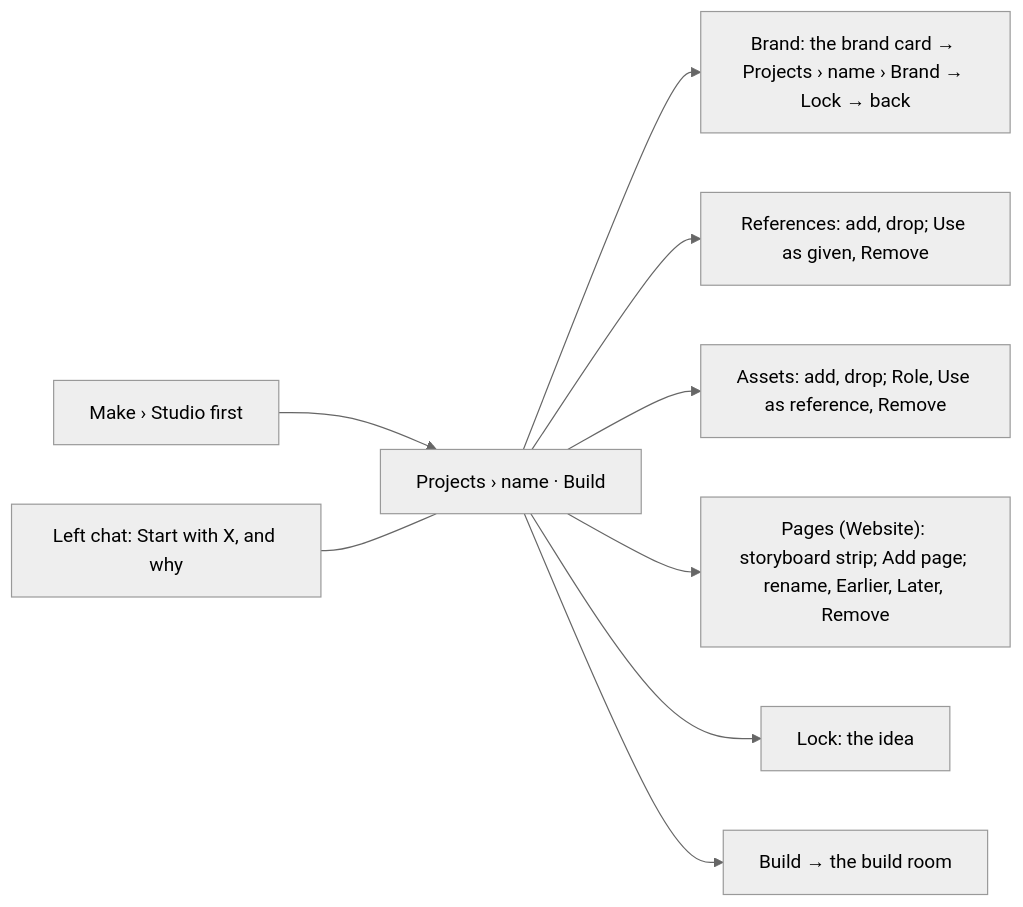
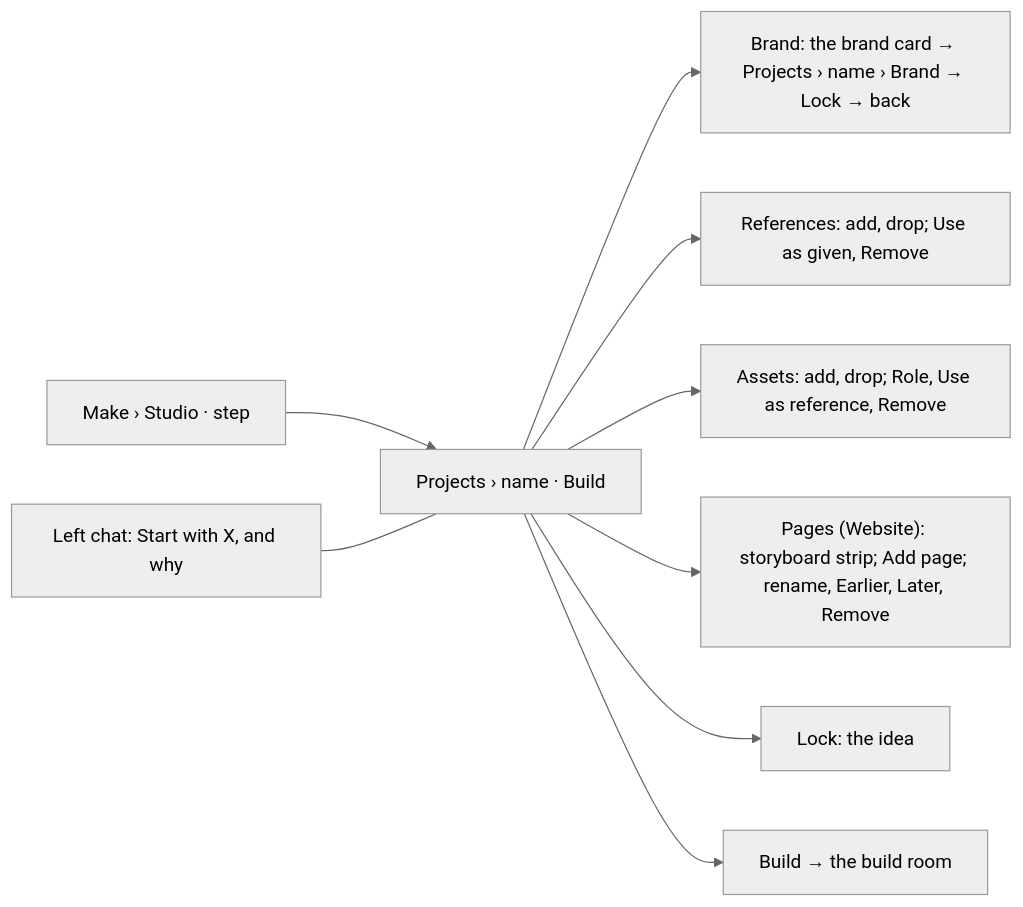
Before and after one commit to Pukujan/swarm-studio: the seventh of 27 diagrams in docs/ux/SITEMAP.md, drawn with Mermaid (neutral theme). The commit also changed other lines of this file and 8 other files, not shown here.

````diff
--- a/docs/ux/SITEMAP.md
+++ b/docs/ux/SITEMAP.md
@@ -198,11 +208,11 @@
 ```mermaid
 flowchart LR
-  MK["Make › Studio first"] --> SC["Projects › name · Build"]
+  MK["Make › Studio · step"] --> SC["Projects › name · Build"]
   CH["Left chat: Start with X, and why"] --- SC
   SC --> BR["Brand: the brand card → Projects › name › Brand → Lock → back"]
   SC --> RF["References: add, drop; Use as given, Remove"]
   SC --> AS["Assets: add, drop; Role, Use as reference, Remove"]
   SC --> PG["Pages (Website): storyboard strip; Add page; rename, Earlier, Later, Remove"]
   SC --> LK["Lock: the idea"]
   SC --> BU["Build → the build room"]
 ```
````
